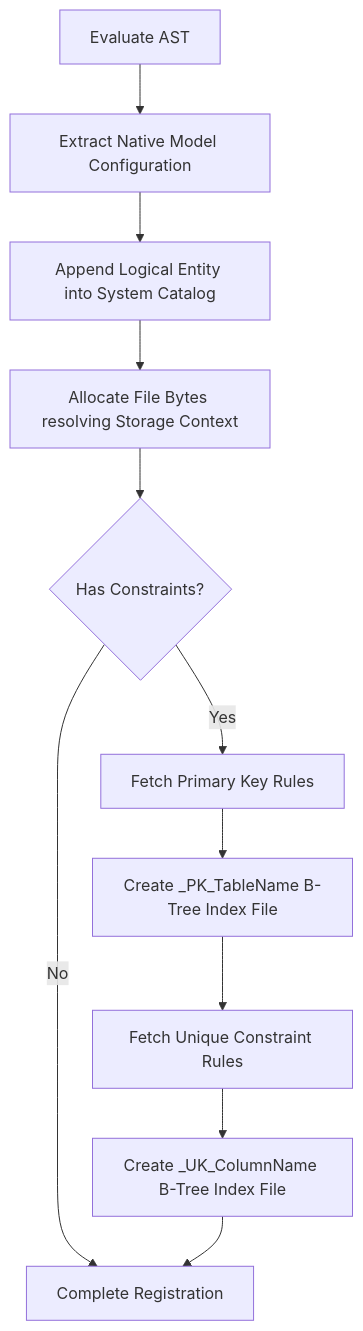
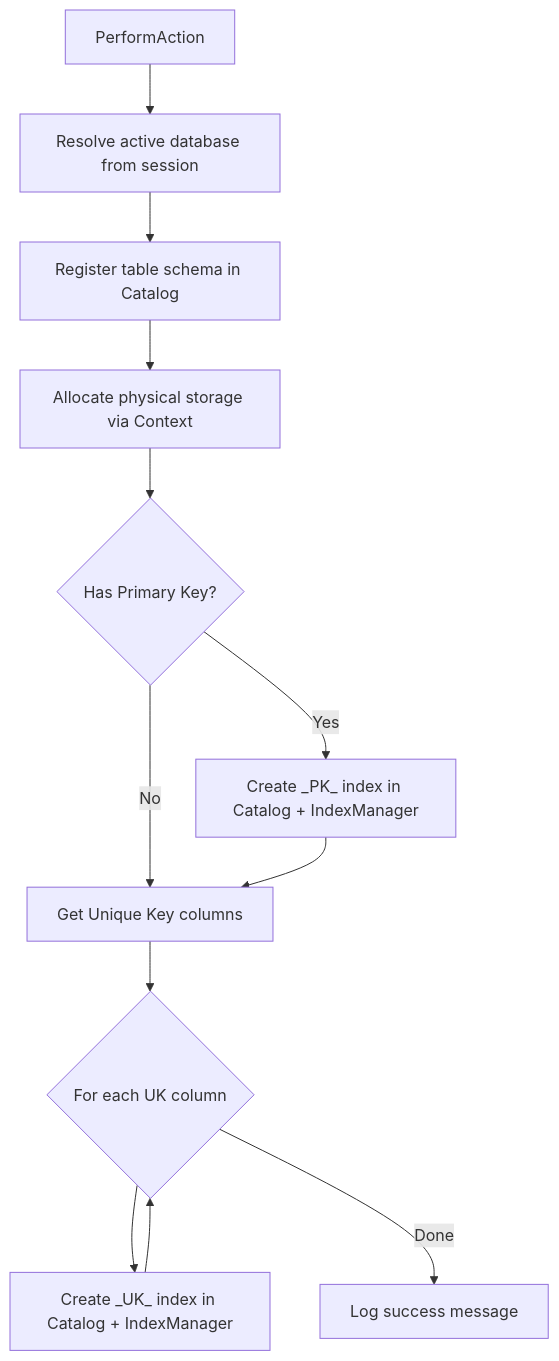
The diagram in docs/DataVo.Core/Parser/DDL/CreateTable.md (ArintonAkos/DataVo-DBMS), drawn with Mermaid before and after one commit. The commit also changed other lines of this file and 15 other files, not shown here.

````diff
--- a/docs/DataVo.Core/Parser/DDL/CreateTable.md
+++ b/docs/DataVo.Core/Parser/DDL/CreateTable.md
@@ -18,16 +19,14 @@
 ```mermaid
 flowchart TD
-    Build[Evaluate AST] --> Map[Extract Native Model Configuration]
-    Map --> SetCatalog[Append Logical Entity into System Catalog]
-    SetCatalog --> GenerateDisk[Allocate File Bytes resolving Storage Context]
-    
-    GenerateDisk --> ReadParams{Has Constraints?}
-    ReadParams -- Yes --> ExtractPK[Fetch Primary Key Rules]
-    ExtractPK --> InitializePK[Create _PK_TableName B-Tree Index File]
-    
-    InitializePK --> ExtractUK[Fetch Unique Constraint Rules]
-    ExtractUK --> InitializeUK[Create _UK_ColumnName B-Tree Index File]
-    
-    ReadParams -- No --> End[Complete Registration]
-    InitializeUK --> End
+    Start[PerformAction] --> DB[Resolve active database from session]
+    DB --> Cat[Register table schema in Catalog]
+    Cat --> Ctx[Allocate physical storage via Context]
+    Ctx --> PK{Has Primary Key?}
+    PK -- Yes --> PKIdx[Create _PK_ index in Catalog + IndexManager]
+    PK -- No --> UK
+    PKIdx --> UK[Get Unique Key columns]
+    UK --> UKLoop{For each UK column}
+    UKLoop --> UKIdx[Create _UK_ index in Catalog + IndexManager]
+    UKIdx --> UKLoop
+    UKLoop -- Done --> Done[Log success message]
 ```
````
